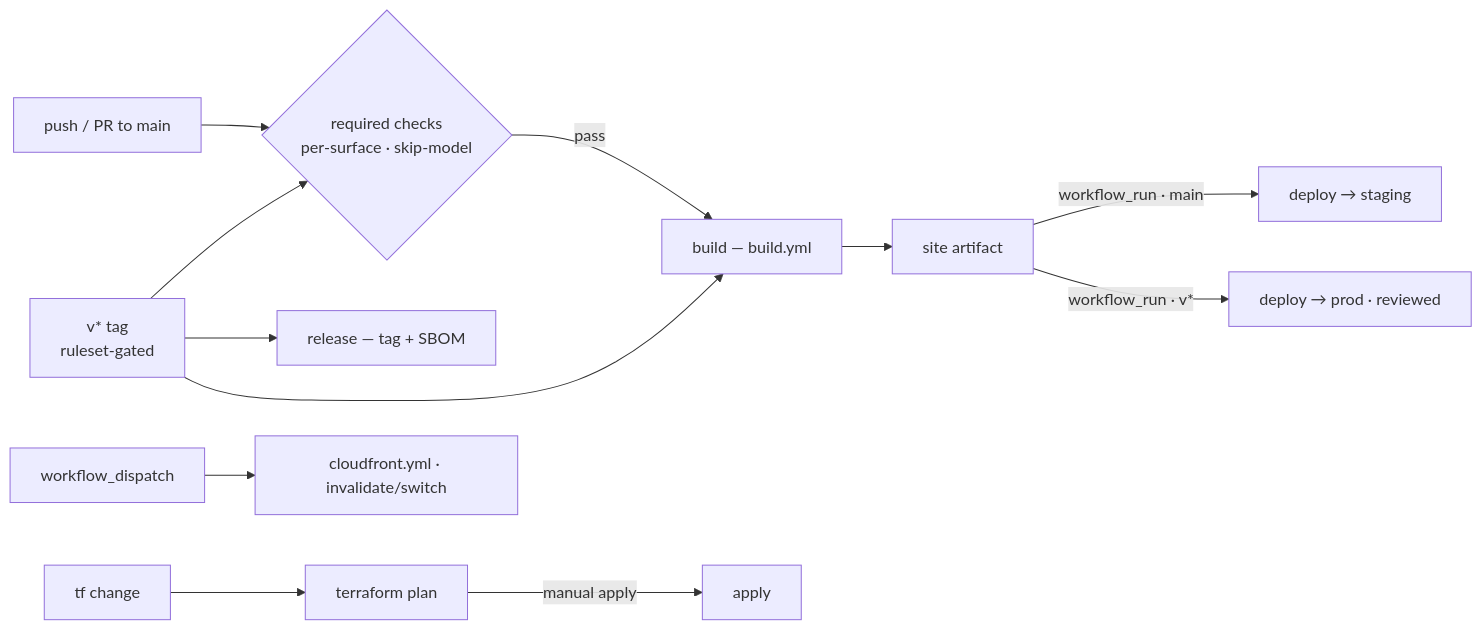
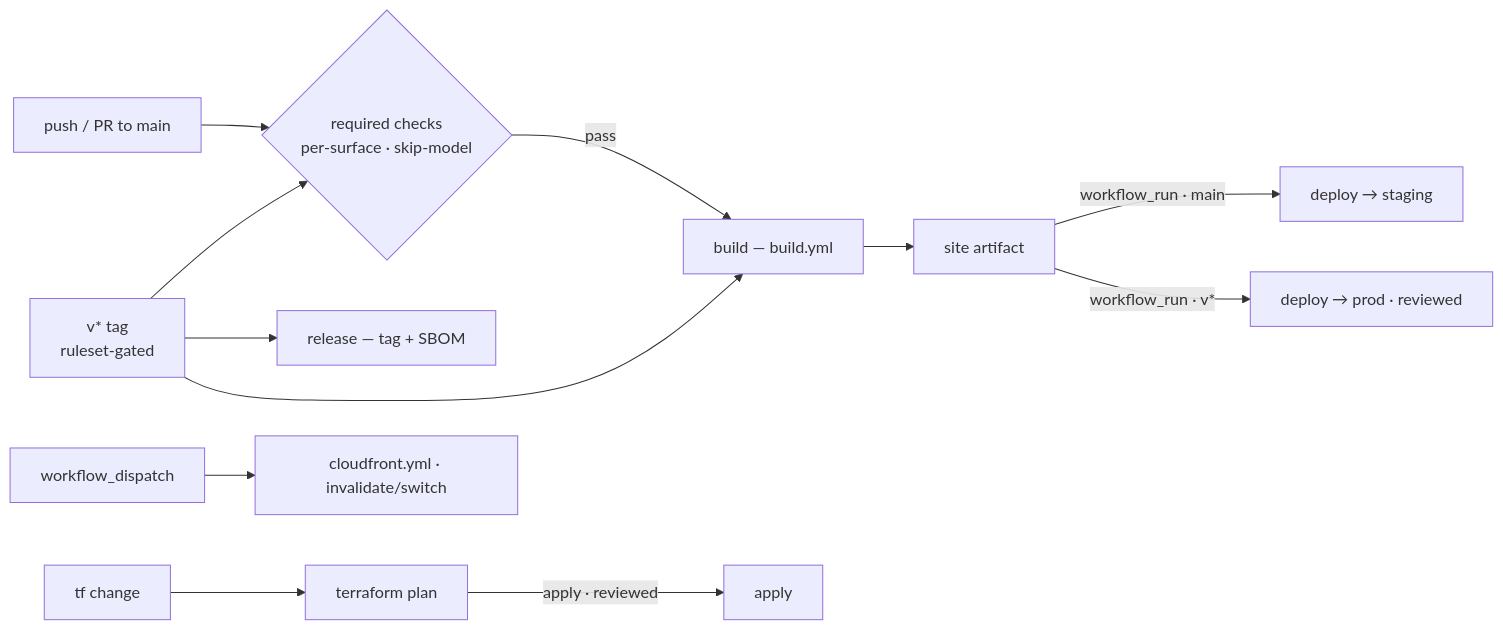
The fourth of 4 diagrams in docs/en/atlas/platform-architecture.md (mathewmusango/my-portfolio), drawn with Mermaid before and after one commit. The commit also changed other lines of this file and 14 other files, not shown here.

````diff
--- a/docs/en/atlas/platform-architecture.md
+++ b/docs/en/atlas/platform-architecture.md
@@ -76,13 +76,13 @@
 ```mermaid
 flowchart LR
     M[push / PR to main] --> C{required checks<br/>per-surface · skip-model}
     V[v* tag<br/>ruleset-gated] --> C
     C -->|pass| B[build — build.yml]
     V --> B
     B --> A[site artifact]
     A -->|workflow_run · main| S[deploy → staging]
     A -->|workflow_run · v*| P[deploy → prod · reviewed]
     V --> R[release — tag + SBOM]
-    T[tf change] --> TP[terraform plan] -->|manual apply| AP[apply]
+    T[tf change] --> TP[terraform plan] -->|apply · reviewed| AP[apply]
     X[workflow_dispatch] --> CF[cloudfront.yml · invalidate/switch]
 ```
````
